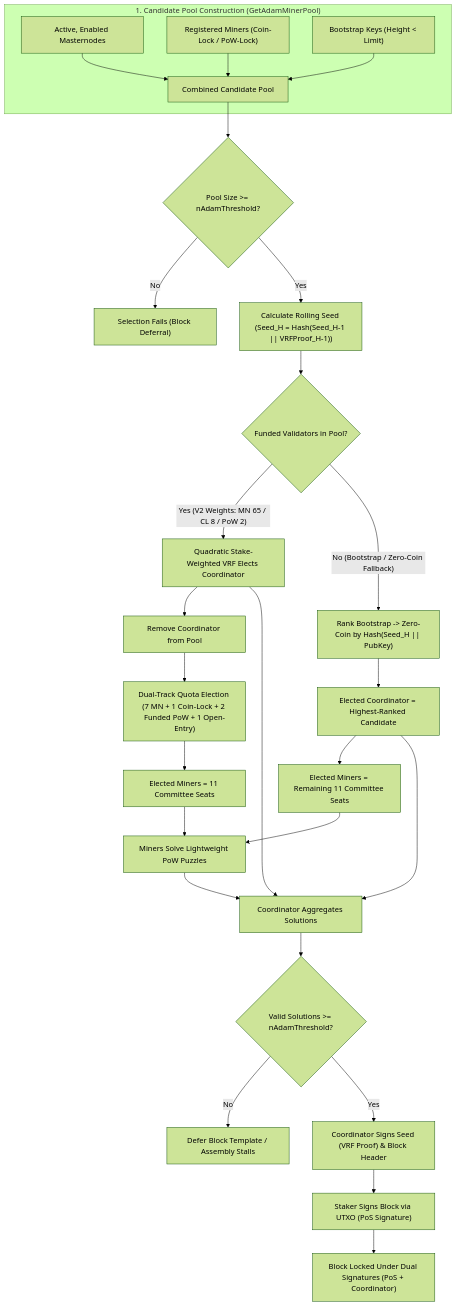
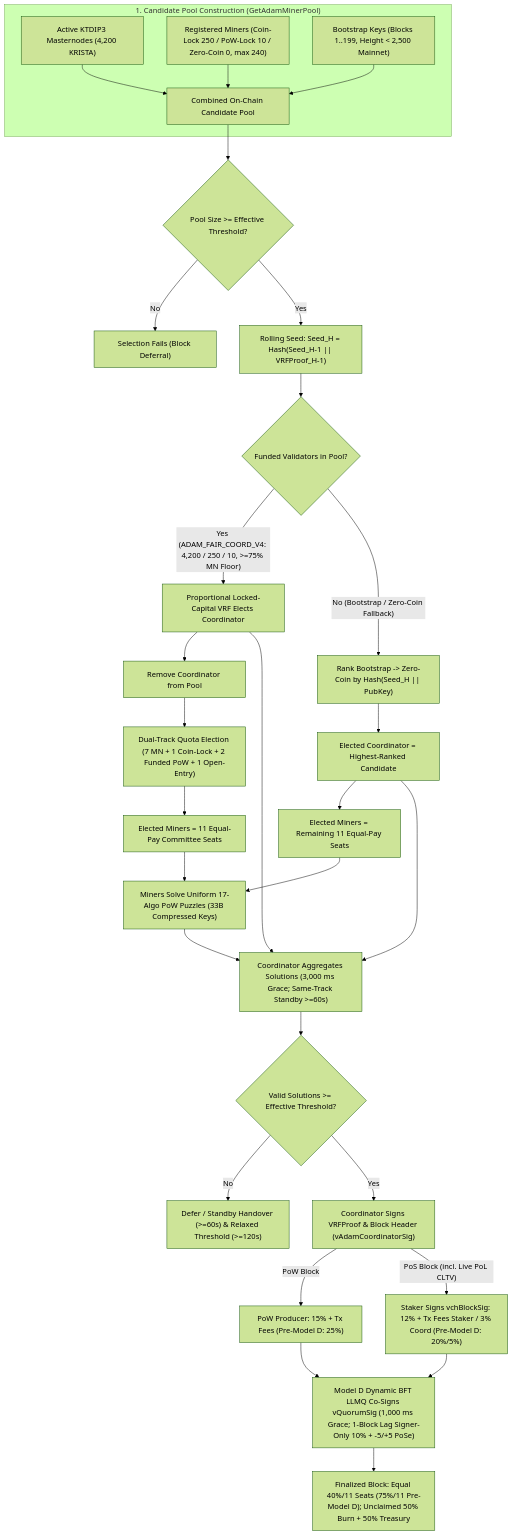
Before and after one commit to bedri/KristaTech-KRISTA: the diagram in doc/A Decentralized Approach Model (ADAM).md, drawn with Mermaid (forest theme). The commit also changed other lines of this file and 11 other files, not shown here.

Commit message:
docs(adam): update Fairness Mermaid diagrams & remaining V11 uniform mod-17 refs

````diff
--- a/doc/A Decentralized Approach Model (ADAM).md
+++ b/doc/A Decentralized Approach Model (ADAM).md
@@ -168,43 +168,46 @@
 ```mermaid
 graph TD
     %% Pool Construction
     subgraph Pool_Construction ["1. Candidate Pool Construction (GetAdamMinerPool)"]
-        A1["Active, Enabled Masternodes"] --> A4["Combined Candidate Pool"]
-        A2["Registered Miners (Coin-Lock / PoW-Lock)"] --> A4
-        A3["Bootstrap Keys (Height < Limit)"] --> A4
+        A1["Active KTDIP3 Masternodes (4,200 KRISTA)"] --> A4["Combined On-Chain Candidate Pool"]
+        A2["Registered Miners (Coin-Lock 250 / PoW-Lock 10 / Zero-Coin 0, max 240)"] --> A4
+        A3["Bootstrap Keys (Blocks 1..199, Height < 2,500 Mainnet)"] --> A4
     end
 
     %% Validation & Seed Calculation
-    A4 --> B{"Pool Size >= nAdamThreshold?"}
+    A4 --> B{"Pool Size >= Effective Threshold?"}
     B -- "No" --> C["Selection Fails (Block Deferral)"]
-    B -- "Yes" --> D["Calculate Rolling Seed (Seed_H = Hash(Seed_H-1 || VRFProof_H-1))"]
+    B -- "Yes" --> D["Rolling Seed: Seed_H = Hash(Seed_H-1 || VRFProof_H-1)"]
 
-    %% Election Rules
+    %% Election Rules (UPGRADE_FAIRNESS)
     D --> E{"Funded Validators in Pool?"}
-    
-    %% Funded Quadratic Stake-Weighted VRF
-    E -- "Yes (V2 Weights: MN 65 / CL 8 / PoW 2)" --> F1["Quadratic Stake-Weighted VRF Elects Coordinator"]
+
+    %% Proportional Locked-Capital VRF (ADAM_FAIR_COORD_V4)
+    E -- "Yes (ADAM_FAIR_COORD_V4: 4,200 / 250 / 10, >=75% MN Floor)" --> F1["Proportional Locked-Capital VRF Elects Coordinator"]
     F1 --> F3["Remove Coordinator from Pool"]
     F3 --> F4["Dual-Track Quota Election (7 MN + 1 Coin-Lock + 2 Funded PoW + 1 Open-Entry)"]
-    F4 --> F5["Elected Miners = 11 Committee Seats"]
-    
+    F4 --> F5["Elected Miners = 11 Equal-Pay Committee Seats"]
+
     %% Bootstrap / Zero-Coin Fallback
     E -- "No (Bootstrap / Zero-Coin Fallback)" --> G1["Rank Bootstrap -> Zero-Coin by Hash(Seed_H || PubKey)"]
     G1 --> G3["Elected Coordinator = Highest-Ranked Candidate"]
-    G3 --> G2["Elected Miners = Remaining 11 Committee Seats"]
+    G3 --> G2["Elected Miners = Remaining 11 Equal-Pay Seats"]
 
     %% Execution Phase
-    F5 --> H["Miners Solve Lightweight PoW Puzzles"]
+    F5 --> H["Miners Solve Uniform 17-Algo PoW Puzzles (33B Compressed Keys)"]
     G2 --> H
-    
-    H --> I["Coordinator Aggregates Solutions"]
+
+    H --> I["Coordinator Aggregates Solutions (3,000 ms Grace; Same-Track Standby >=60s)"]
     F1 --> I
     G3 --> I
-    
-    I --> J{"Valid Solutions >= nAdamThreshold?"}
-    J -- "No" --> K["Defer Block Template / Assembly Stalls"]
-    
-    J -- "Yes" --> L["Coordinator Signs Seed (VRF Proof) & Block Header"]
-    L --> M["Staker Signs Block via UTXO (PoS Signature)"]
-    M --> N["Block Locked Under Dual Signatures (PoS + Coordinator)"]
+
+    I --> J{"Valid Solutions >= Effective Threshold?"}
+    J -- "No" --> K["Defer / Standby Handover (>=60s) & Relaxed Threshold (>=120s)"]
+
+    J -- "Yes" --> L["Coordinator Signs VRFProof & Block Header (vAdamCoordinatorSig)"]
+    L -- "PoW Block" --> M1["PoW Producer: 15% + Tx Fees (Pre-Model D: 25%)"]
+    L -- "PoS Block (incl. Live PoL CLTV)" --> M2["Staker Signs vchBlockSig: 12% + Tx Fees Staker / 3% Coord (Pre-Model D: 20%/5%)"]
+    M1 --> Q["Model D Dynamic BFT LLMQ Co-Signs vQuorumSig (1,000 ms Grace; 1-Block Lag Signer-Only 10% + -5/+5 PoSe)"]
+    M2 --> Q
+    Q --> N["Finalized Block: Equal 40%/11 Seats (75%/11 Pre-Model D); Unclaimed 50% Burn + 50% Treasury"]
 ```
````
